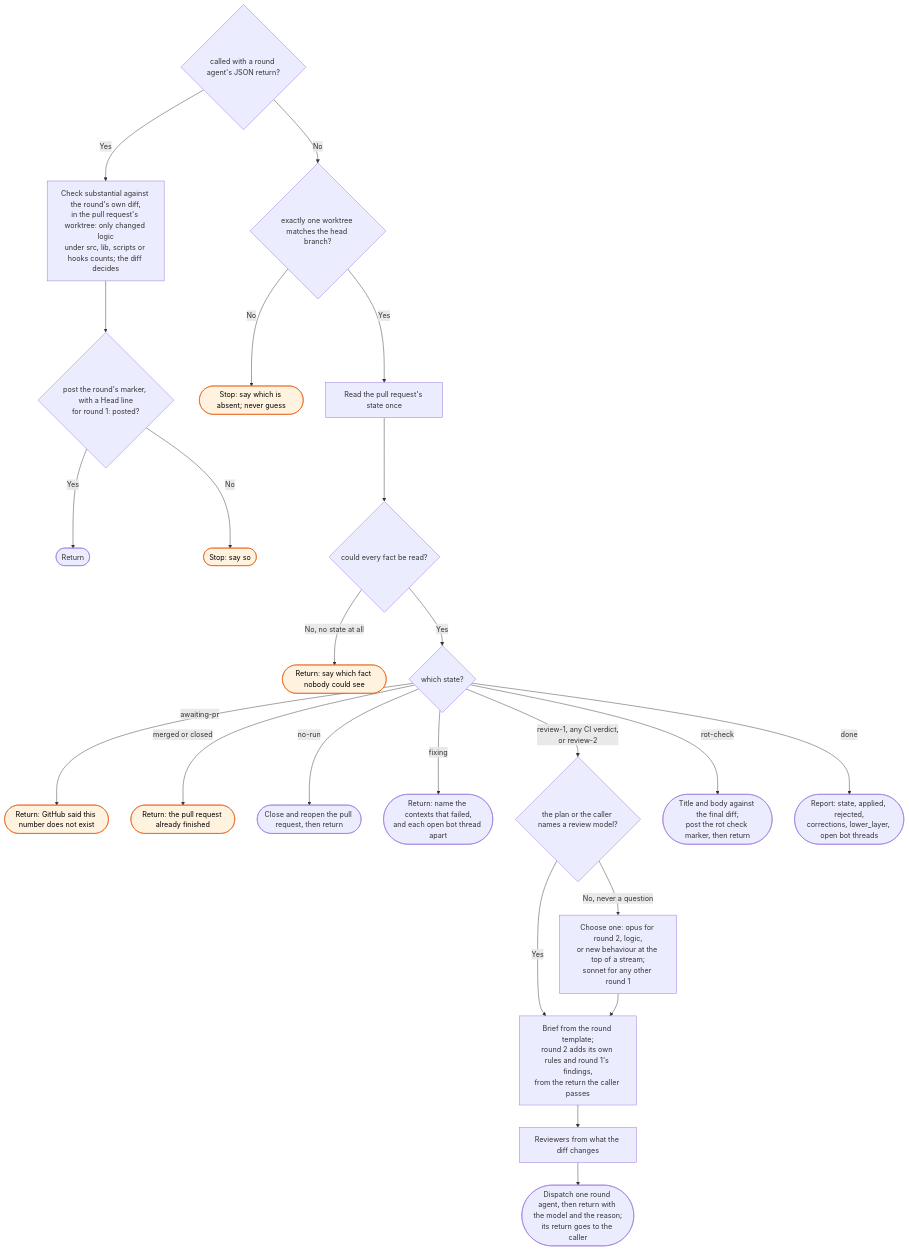
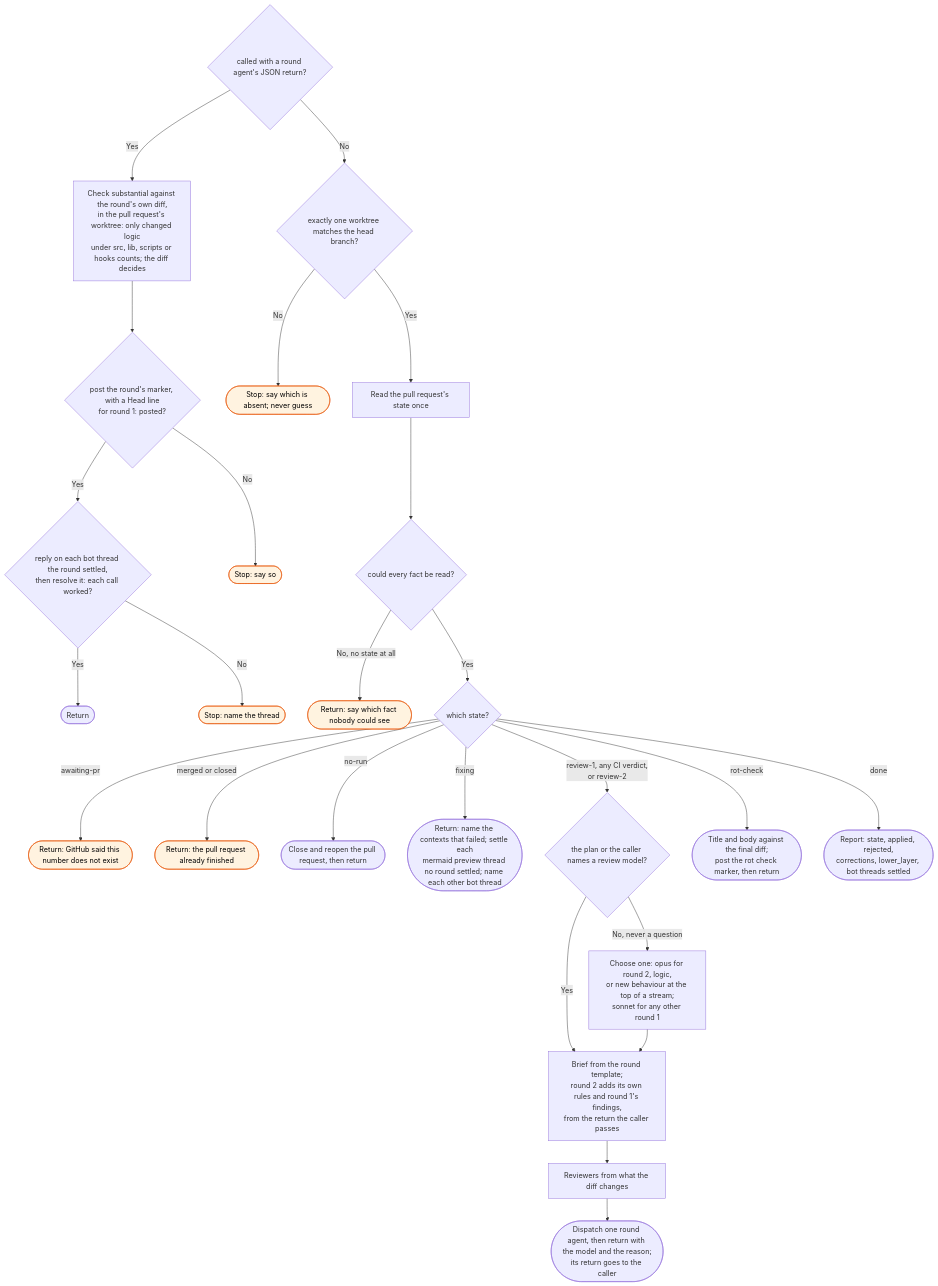
Before and after one commit to bje-settings/claude: the diagram in docs/flows/workstreams/review/_skill-flow.md, drawn with Mermaid. The commit also changed 1 other file, not shown here.

Commit message:
fix(workstreams): reply on and resolve each bot thread after a round marker

````diff
--- a/docs/flows/workstreams/review/_skill-flow.md
+++ b/docs/flows/workstreams/review/_skill-flow.md
@@ -15,32 +15,34 @@
 ```mermaid
 flowchart TD
     R0{called with a round agent's JSON return?}
     R0 -->|Yes| RS[Check substantial against the round's own diff,<br/>in the pull request's worktree: only changed logic<br/>under src, lib, scripts or hooks counts; the diff decides]
     RS --> R2{post the round's marker, with a Head line<br/>for round 1: posted?}
-    R2 -->|Yes| R1([Return])
+    R2 -->|Yes| BT{reply on each bot thread the round settled,<br/>then resolve it: each call worked?}
     R2 -->|No| R3([Stop: say so]):::stop
+    BT -->|Yes| R1([Return])
+    BT -->|No| BT1([Stop: name the thread]):::stop
     R0 -->|No| W{exactly one worktree matches the head branch?}
     W -->|No| W1([Stop: say which is absent; never guess]):::stop
     W -->|Yes| C[Read the pull request's state once]
 
     C --> D{could every fact be read?}
     D -->|No, no state at all| D1([Return: say which fact nobody could see]):::stop
     D -->|Yes| E{which state?}
 
     E -->|awaiting-pr| E1([Return: GitHub said this number does not exist]):::stop
     E -->|merged or closed| E1b([Return: the pull request already finished]):::stop
     E -->|no-run| F([Close and reopen the pull request, then return])
-    E -->|fixing| G2([Return: name the contexts that failed,<br/>and each open bot thread apart])
+    E -->|fixing| G2([Return: name the contexts that failed; settle each<br/>mermaid preview thread no round settled; name each other bot thread])
 
     E -->|review-1, any CI verdict,<br/>or review-2| M{the plan or the caller names a review model?}
     M -->|Yes| I
     M -->|No, never a question| M1[Choose one: opus for round 2, logic,<br/>or new behaviour at the top of a stream;<br/>sonnet for any other round 1] --> I
     I[Brief from the round template;<br/>round 2 adds its own rules and round 1's findings,<br/>from the return the caller passes]
     I --> J[Reviewers from what the diff changes]
     J --> K([Dispatch one round agent, then return with the model and the reason;<br/>its return goes to the caller])
 
     E -->|rot-check| Q([Title and body against the final diff;<br/>post the rot check marker, then return])
-    E -->|done| S([Report: state, applied, rejected,<br/>corrections, lower_layer, open bot threads])
+    E -->|done| S([Report: state, applied, rejected,<br/>corrections, lower_layer, bot threads settled])
 
     classDef stop fill:#fff3e0,stroke:#e65100,color:#000
 ```
````
